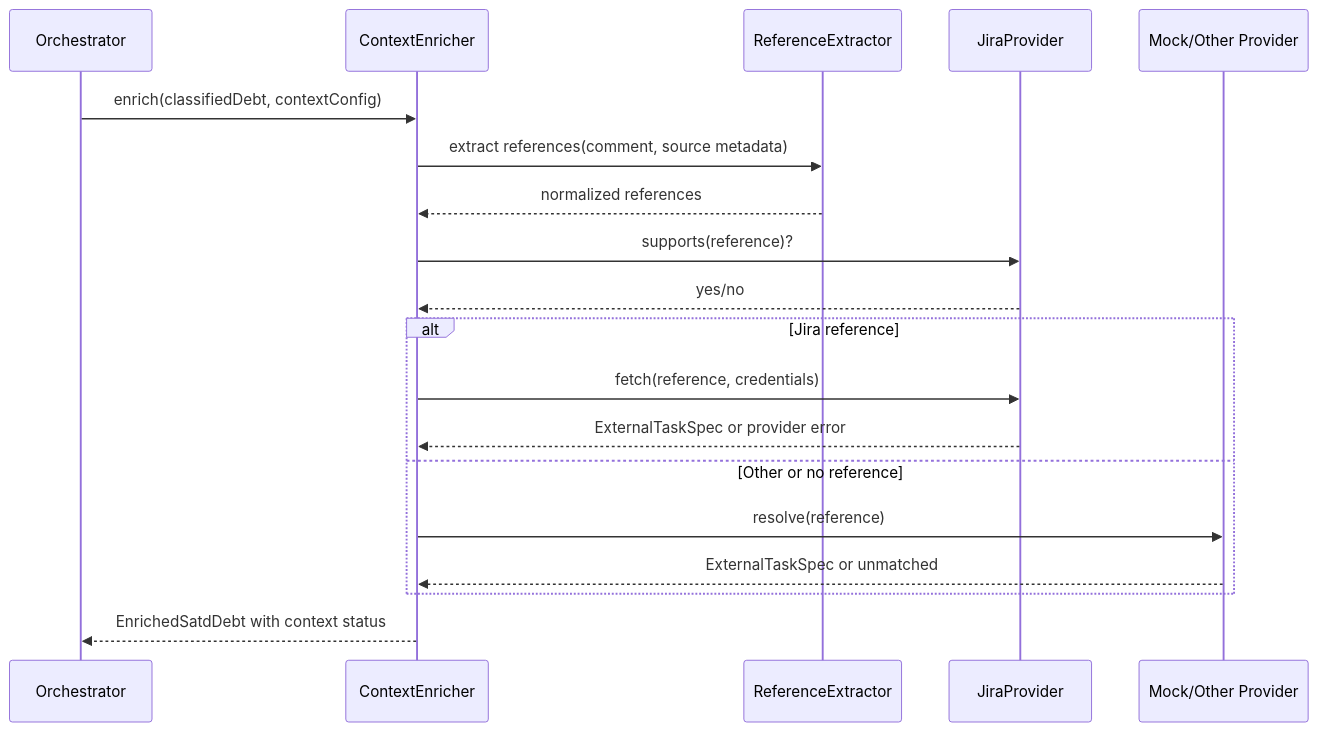
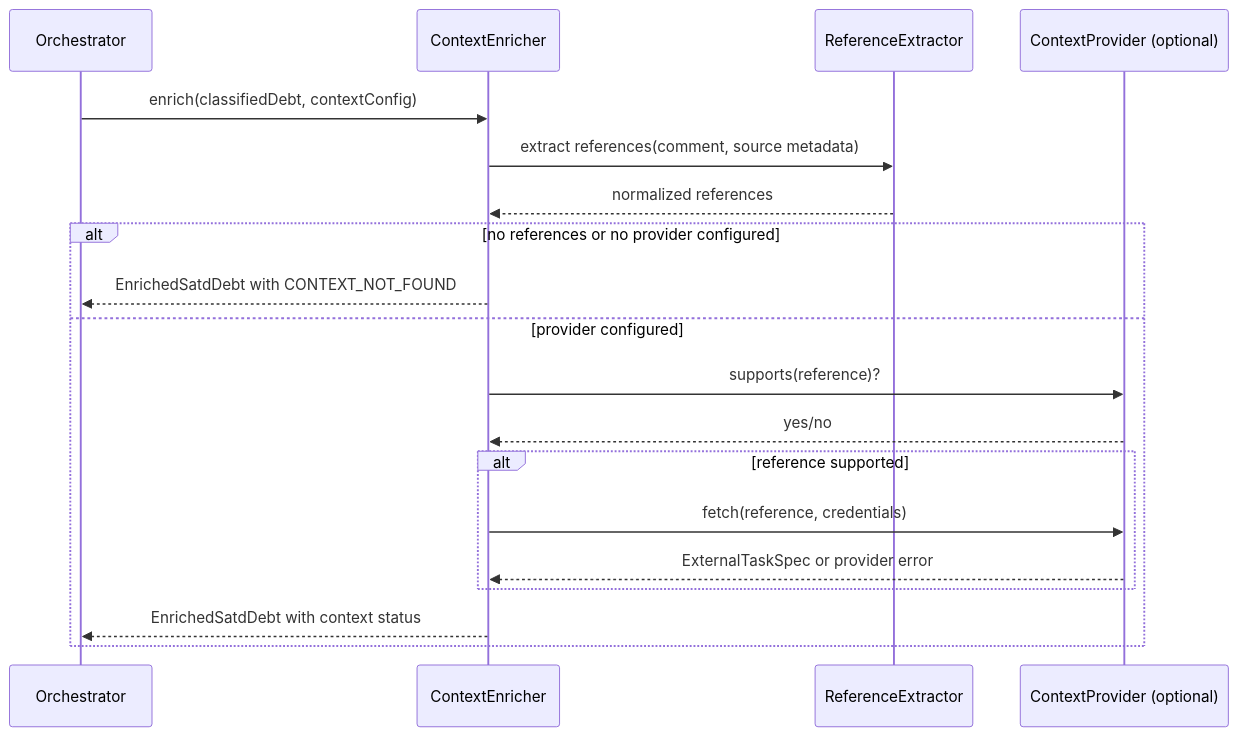
One commit to JonasFortes12/debt2test changed the fourth of 5 diagrams in architecture.md. Above: the diagram before and after it, drawn with Mermaid. The commit also changed other lines of this file and 3 other files, not shown here.

Commit message:
fix: it should heve single provider for context extraction for simple approach

````diff
--- a/architecture.md
+++ b/architecture.md
@@ -419,22 +419,22 @@
 ```mermaid
 sequenceDiagram
     participant O as Orchestrator
     participant C as ContextEnricher
     participant R as ReferenceExtractor
-    participant J as JiraProvider
-    participant M as Mock/Other Provider
+    participant P as ContextProvider (optional)
 
     O->>C: enrich(classifiedDebt, contextConfig)
     C->>R: extract references(comment, source metadata)
     R-->>C: normalized references
-    C->>J: supports(reference)?
-    J-->>C: yes/no
-    alt Jira reference
-        C->>J: fetch(reference, credentials)
-        J-->>C: ExternalTaskSpec or provider error
-    else Other or no reference
-        C->>M: resolve(reference)
-        M-->>C: ExternalTaskSpec or unmatched
+    alt no references or no provider configured
+        C-->>O: EnrichedSatdDebt with CONTEXT_NOT_FOUND
+    else provider configured
+        C->>P: supports(reference)?
+        P-->>C: yes/no
+        alt reference supported
+            C->>P: fetch(reference, credentials)
+            P-->>C: ExternalTaskSpec or provider error
+        end
+        C-->>O: EnrichedSatdDebt with context status
     end
-    C-->>O: EnrichedSatdDebt with context status
 ```
````
